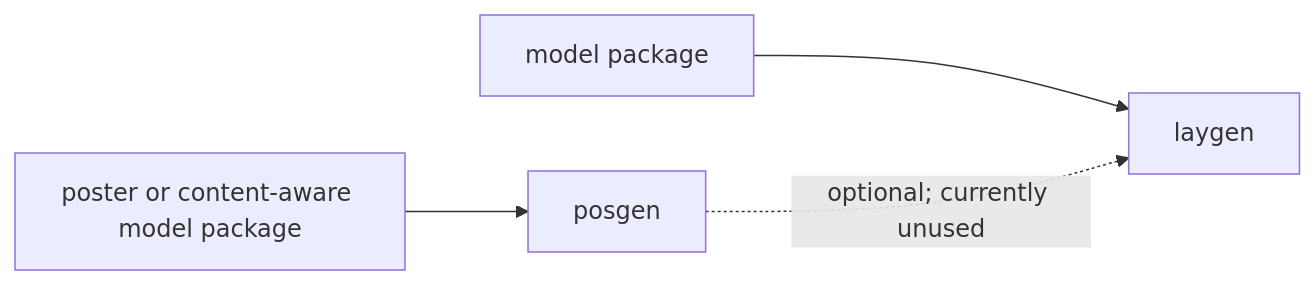
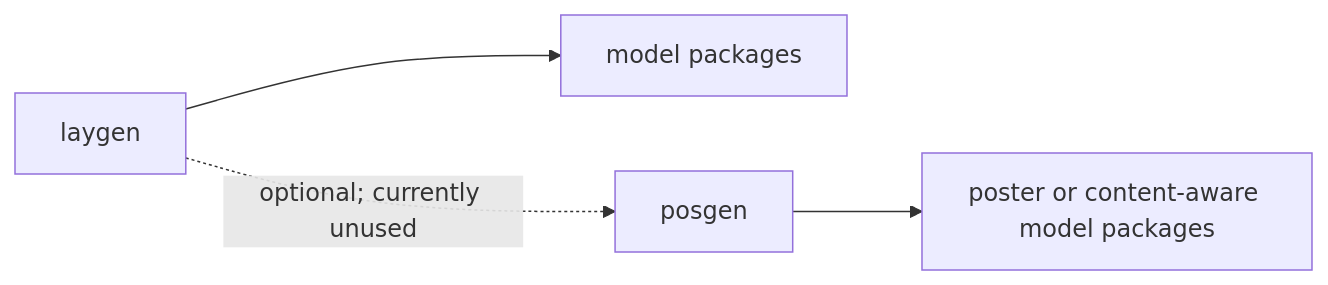
The diagram in docs/architecture.md (creative-graphic-design/design-generators), drawn with Mermaid before and after one commit. The commit also changed other lines of this file and 1 other file, not shown here.

Commit message:
docs: orient architecture dependency diagrams
Refs #316

````diff
--- a/docs/architecture.md
+++ b/docs/architecture.md
@@ -62,6 +62,6 @@
 ```mermaid
 graph LR
-    model_package["model package"] --> laygen["laygen"]
-    poster_model["poster or content-aware model package"] --> posgen["posgen"]
-    posgen -. "optional; currently unused" .-> laygen
+    laygen["laygen"] --> model_packages["model packages"]
+    laygen -. "optional; currently unused" .-> posgen["posgen"]
+    posgen --> poster_models["poster or content-aware model packages"]
 ```
````
